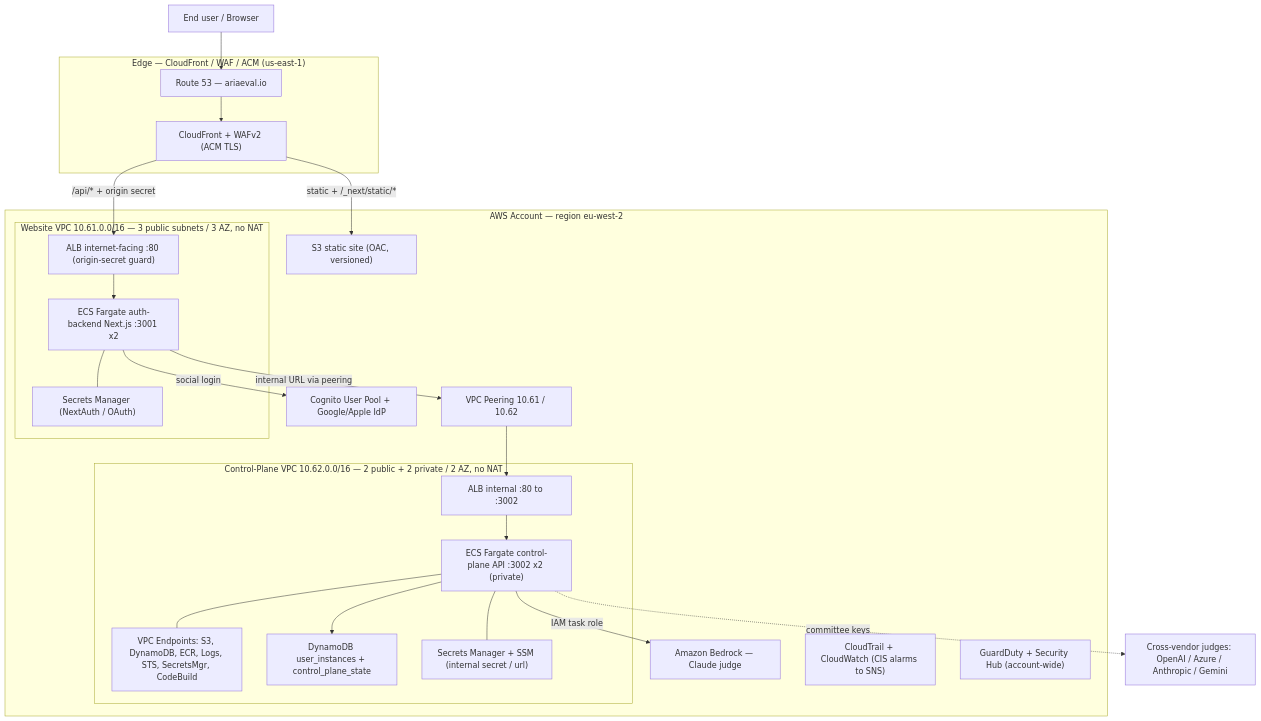
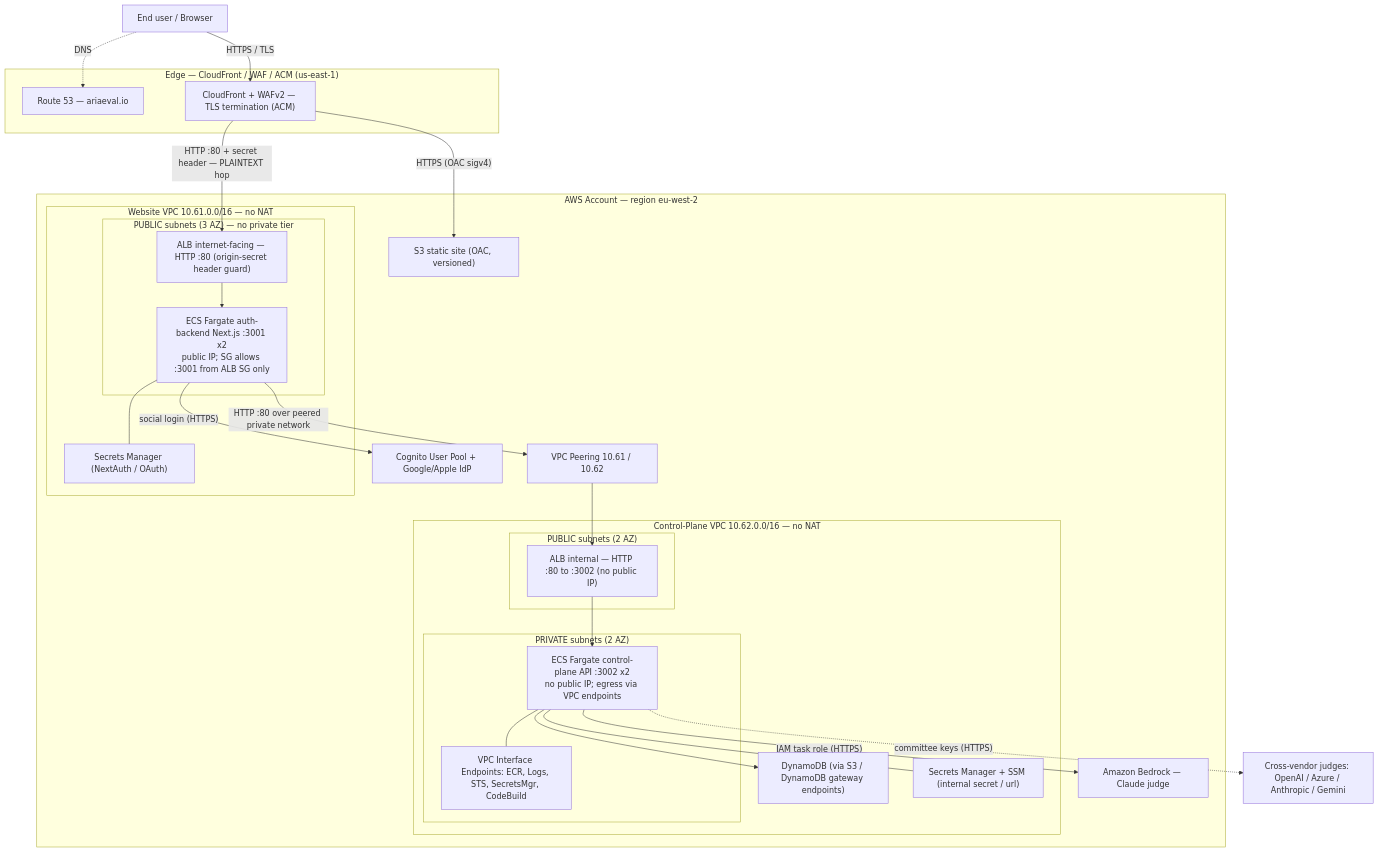
One commit to alokkulkarni/aria-evaluator-ts changed the first of 3 diagrams in docs/ARCHITECTURE.md. Above: the diagram before and after it, drawn with Mermaid. The commit also changed other lines of this file, not shown here.

Commit message:
feat(docs): enhance architecture documentation with detailed network security and TLS posture

````diff
--- a/docs/ARCHITECTURE.md
+++ b/docs/ARCHITECTURE.md
@@ -86,50 +86,55 @@
 ```mermaid
 flowchart TB
   user["End user / Browser"]
 
   subgraph edge["Edge — CloudFront / WAF / ACM (us-east-1)"]
     r53["Route 53 — ariaeval.io"]
-    cf["CloudFront + WAFv2 (ACM TLS)"]
+    cf["CloudFront + WAFv2 — TLS termination (ACM)"]
   end
 
   subgraph region["AWS Account — region eu-west-2"]
     s3static["S3 static site (OAC, versioned)"]
     cognito["Cognito User Pool + Google/Apple IdP"]
     bedrock["Amazon Bedrock — Claude judge"]
-    ct["CloudTrail + CloudWatch (CIS alarms to SNS)"]
-    sechub["GuardDuty + Security Hub (account-wide)"]
 
-    subgraph webvpc["Website VPC 10.61.0.0/16 — 3 public subnets / 3 AZ, no NAT"]
-      walb["ALB internet-facing :80 (origin-secret guard)"]
-      wsvc["ECS Fargate auth-backend Next.js :3001 x2"]
+    subgraph webvpc["Website VPC 10.61.0.0/16 — no NAT"]
+      subgraph wpub["PUBLIC subnets (3 AZ) — no private tier"]
+        walb["ALB internet-facing — HTTP :80 (origin-secret header guard)"]
+        wsvc["ECS Fargate auth-backend Next.js :3001 x2<br/>public IP; SG allows :3001 from ALB SG only"]
+      end
       wsec["Secrets Manager (NextAuth / OAuth)"]
     end
 
-    subgraph cpvpc["Control-Plane VPC 10.62.0.0/16 — 2 public + 2 private / 2 AZ, no NAT"]
-      calb["ALB internal :80 to :3002"]
-      csvc["ECS Fargate control-plane API :3002 x2 (private)"]
-      vpce["VPC Endpoints: S3, DynamoDB, ECR, Logs, STS, SecretsMgr, CodeBuild"]
-      ddb["DynamoDB user_instances + control_plane_state"]
+    subgraph cpvpc["Control-Plane VPC 10.62.0.0/16 — no NAT"]
+      subgraph cpub["PUBLIC subnets (2 AZ)"]
+        calb["ALB internal — HTTP :80 to :3002 (no public IP)"]
+      end
+      subgraph cpriv["PRIVATE subnets (2 AZ)"]
+        csvc["ECS Fargate control-plane API :3002 x2<br/>no public IP; egress via VPC endpoints"]
+        vpce["VPC Interface Endpoints: ECR, Logs, STS, SecretsMgr, CodeBuild"]
+      end
+      ddb["DynamoDB (via S3 / DynamoDB gateway endpoints)"]
       cpsec["Secrets Manager + SSM (internal secret / url)"]
     end
 
     peer["VPC Peering 10.61 / 10.62"]
   end
 
   extprov["Cross-vendor judges: OpenAI / Azure / Anthropic / Gemini"]
 
-  user --> r53 --> cf
-  cf -->|"static + /_next/static/*"| s3static
-  cf -->|"/api/* + origin secret"| walb
+  user -->|"HTTPS / TLS"| cf
+  user -.->|"DNS"| r53
+  cf -->|"HTTPS (OAC sigv4)"| s3static
+  cf -->|"HTTP :80 + secret header — PLAINTEXT hop"| walb
   walb --> wsvc
-  wsvc -->|"social login"| cognito
-  wsvc -->|"internal URL via peering"| peer
+  wsvc -->|"social login (HTTPS)"| cognito
+  wsvc -->|"HTTP :80 over peered private network"| peer
   peer --> calb
   calb --> csvc
   csvc --> ddb
-  csvc -->|"IAM task role"| bedrock
-  csvc -.->|"committee keys"| extprov
+  csvc -->|"IAM task role (HTTPS)"| bedrock
+  csvc -.->|"committee keys (HTTPS)"| extprov
   csvc --- vpce
   wsvc --- wsec
   csvc --- cpsec
 ```
````
